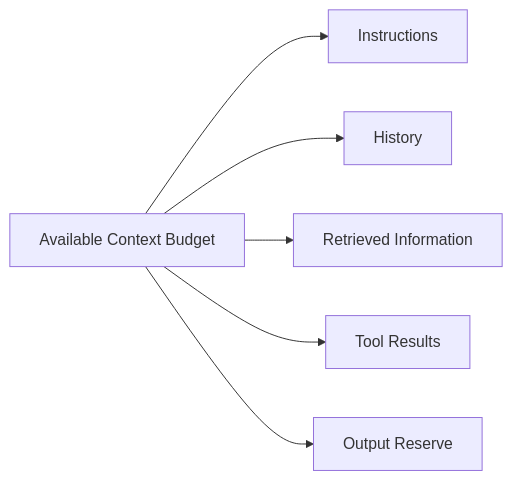
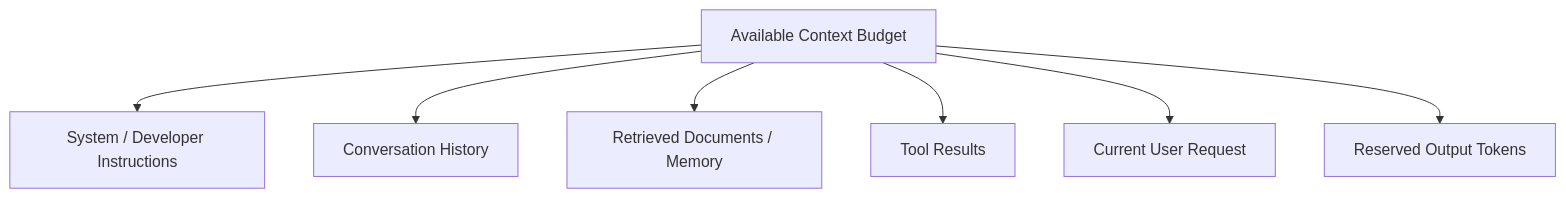
One commit to shomi-khan/preparation changed the first of 2 diagrams in notes/module-01-from-answering-to-doing/05-context-window-and-lost-in-the-middle.md. Above: the diagram before and after it, drawn with Mermaid. The commit also changed other lines of this file, not shown here.

````diff
--- a/notes/module-01-from-answering-to-doing/05-context-window-and-lost-in-the-middle.md
+++ b/notes/module-01-from-answering-to-doing/05-context-window-and-lost-in-the-middle.md
@@ -23,8 +34,9 @@
 ```mermaid
-flowchart LR
-    B[Available Context Budget] --> I[Instructions]
-    B --> H[History]
-    B --> R[Retrieved Information]
+flowchart TD
+    B[Available Context Budget] --> I[System / Developer Instructions]
+    B --> H[Conversation History]
+    B --> R[Retrieved Documents / Memory]
     B --> T[Tool Results]
-    B --> O[Output Reserve]
+    B --> U[Current User Request]
+    B --> O[Reserved Output Tokens]
 ```
````
